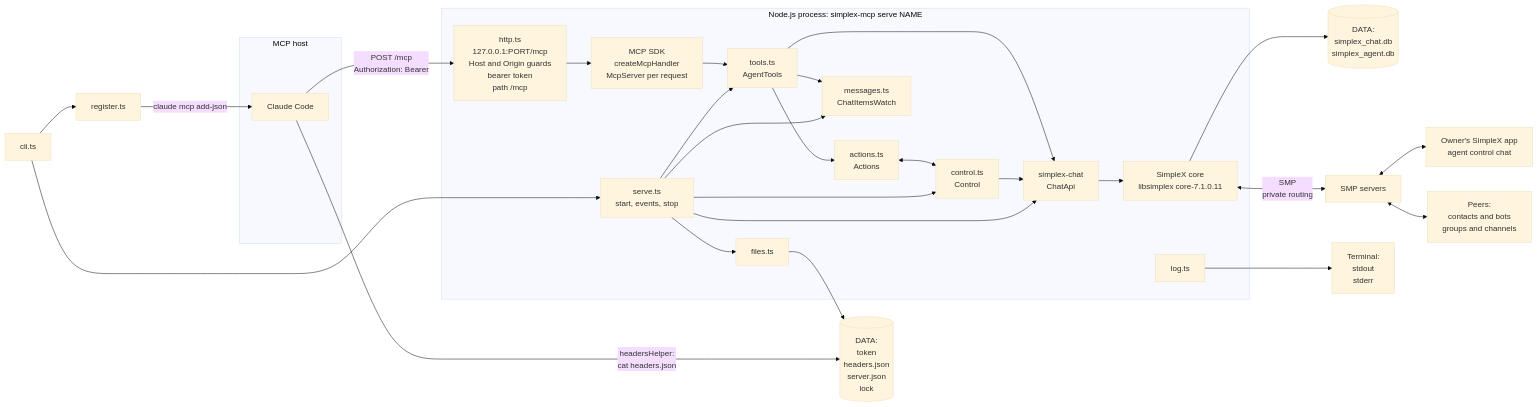
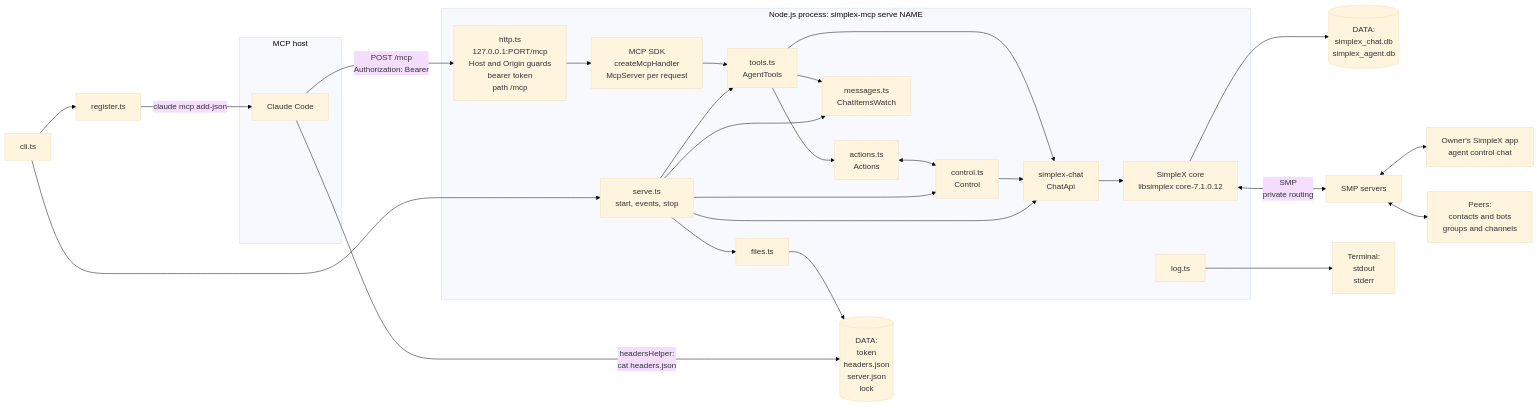
Before and after one commit to simplex-chat/simplex-chat: the diagram in packages/simplex-chat-mcp/spec/architecture.md, drawn with Mermaid (base theme). The commit also changed other lines of this file and 12 other files, not shown here.

````diff
--- a/packages/simplex-chat-mcp/spec/architecture.md
+++ b/packages/simplex-chat-mcp/spec/architecture.md
@@ -26,42 +26,42 @@
 ```mermaid
 flowchart LR
   subgraph host["MCP host"]
     cc["Claude Code"]
   end
   subgraph proc["Node.js process: simplex-mcp serve NAME"]
     http["http.ts<br/>127.0.0.1:PORT/mcp<br/>Host and Origin guards<br/>bearer token<br/>path /mcp"]
     sdk["MCP SDK<br/>createMcpHandler<br/>McpServer per request"]
     tools["tools.ts<br/>AgentTools"]
     actions["actions.ts<br/>Actions"]
     control["control.ts<br/>Control"]
     messages["messages.ts<br/>ChatItemsWatch"]
     serve["serve.ts<br/>start, events, stop"]
     files["files.ts"]
     log["log.ts"]
     lib["simplex-chat<br/>ChatApi"]
-    core["SimpleX core<br/>libsimplex core-7.1.0.11"]
+    core["SimpleX core<br/>libsimplex core-7.1.0.12"]
   end
   cli["cli.ts"] --> serve
   cli --> register["register.ts"]
   register -->|"claude mcp add-json"| cc
   cc -->|"headersHelper:<br/>cat headers.json"| data
   cc -->|"POST /mcp<br/>Authorization: Bearer"| http
   http --> sdk --> tools
   tools --> actions
   actions <--> control
   tools --> messages
   serve --> control
   serve --> tools
   serve --> messages
   serve --> files
   files --> data[("DATA:<br/>token<br/>headers.json<br/>server.json<br/>lock")]
   tools --> lib
   control --> lib
   serve --> lib
   lib --> core
   core --> db[("DATA:<br/>simplex_chat.db<br/>simplex_agent.db")]
   core <-->|"SMP<br/>private routing"| smp["SMP servers"]
   smp <--> owner["Owner's SimpleX app<br/>agent control chat"]
   smp <--> peers["Peers:<br/>contacts and bots<br/>groups and channels"]
   log --> term["Terminal:<br/>stdout<br/>stderr"]
 ```
````
